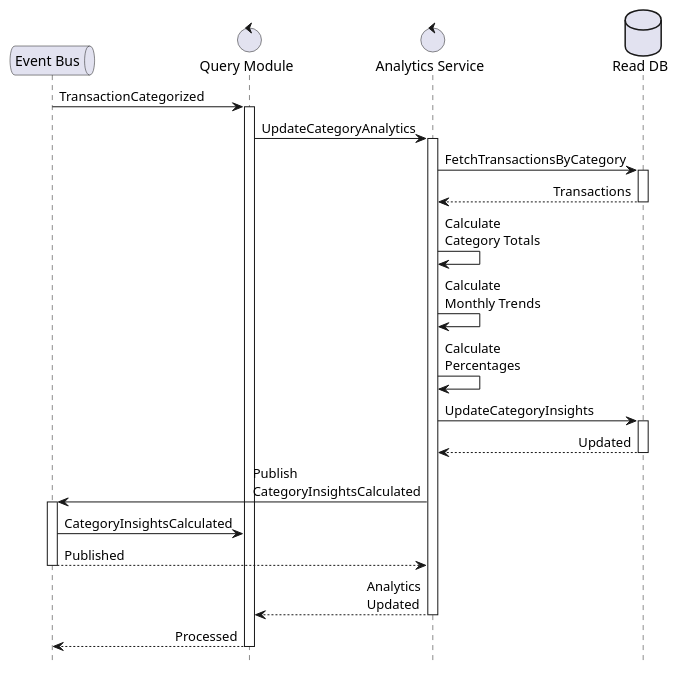
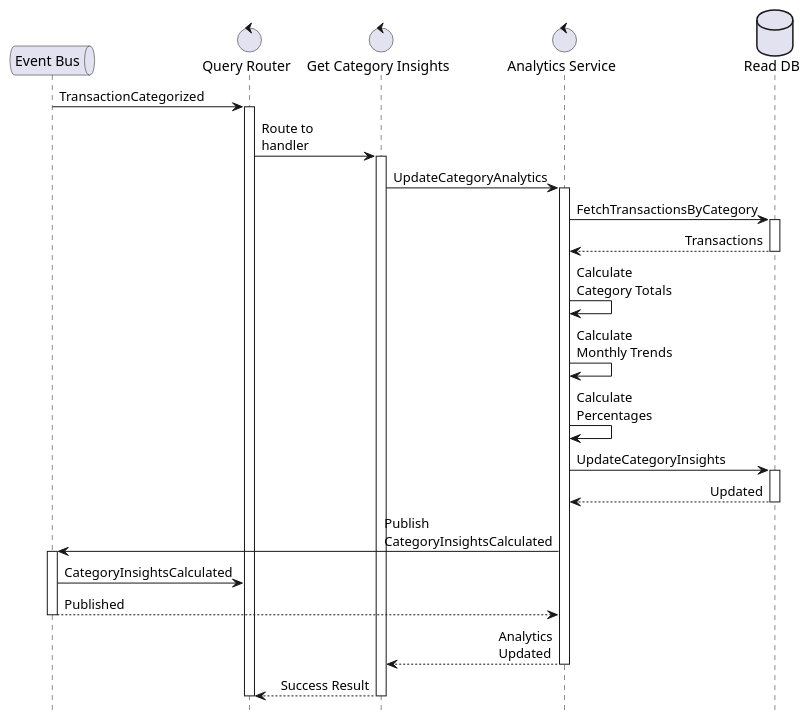
The fourth of 4 diagrams in docs/model/sequence-diagrams.md (Osguima3/welz), drawn with PlantUML before and after one commit. The commit also changed other lines of this file and 59 other files, not shown here.

````diff
--- a/docs/model/sequence-diagrams.md
+++ b/docs/model/sequence-diagrams.md
@@ -200,48 +215,52 @@
 ```plantuml
 @startuml
 !pragma teoz true
 skinparam responseMessageBelowArrow true
 skinparam sequenceMessageAlign direction
 skinparam maxMessageSize 100
 skinparam participantPadding 20
 skinparam boxPadding 10
 hide footbox
 
 queue       "Event Bus"              as EB
-control     "Query Module"           as QM
+control     "Query Router"           as QR
+control     "Get Category Insights"  as GCI
 control     "Analytics Service"      as AS
 database    "Read DB"               as DB
 
-EB -> QM: TransactionCategorized
-activate QM
+EB -> QR: TransactionCategorized
+activate QR
+QR -> GCI: Route to handler
+activate GCI
 
-QM -> AS: UpdateCategoryAnalytics
+GCI -> AS: UpdateCategoryAnalytics
 activate AS
 
 AS -> DB: FetchTransactionsByCategory
 activate DB
 DB --> AS: Transactions
 deactivate DB
 
 AS -> AS: Calculate\nCategory Totals
 AS -> AS: Calculate\nMonthly Trends
 AS -> AS: Calculate\nPercentages
 
 AS -> DB: UpdateCategoryInsights
 activate DB
 DB --> AS: Updated
 deactivate DB
 
 AS -> EB: Publish CategoryInsightsCalculated
 activate EB
-EB -> QM: CategoryInsightsCalculated
+EB -> QR: CategoryInsightsCalculated
 EB --> AS: Published
 deactivate EB
 
-AS --> QM: Analytics Updated
+AS --> GCI: Analytics Updated
 deactivate AS
 
-QM --> EB: Processed
-deactivate QM
+GCI --> QR: Success Result
+deactivate GCI
+deactivate QR
 @enduml
 ```
````
